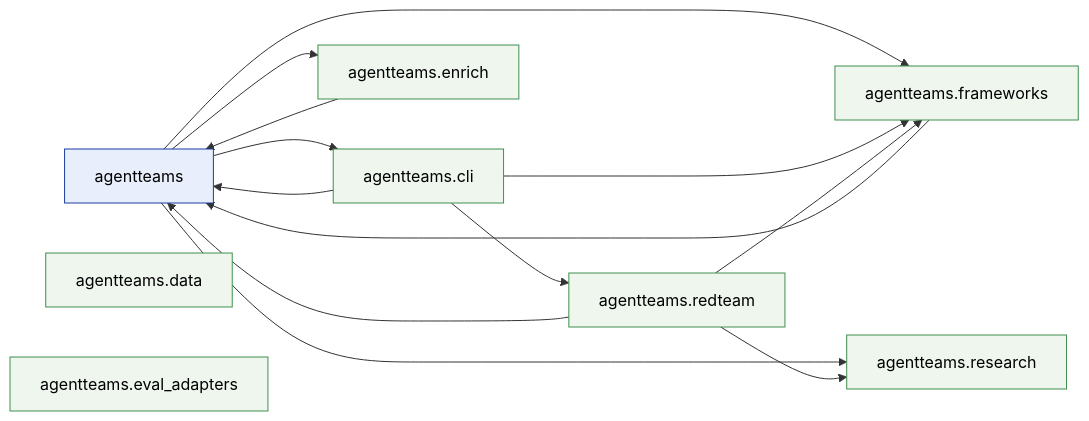
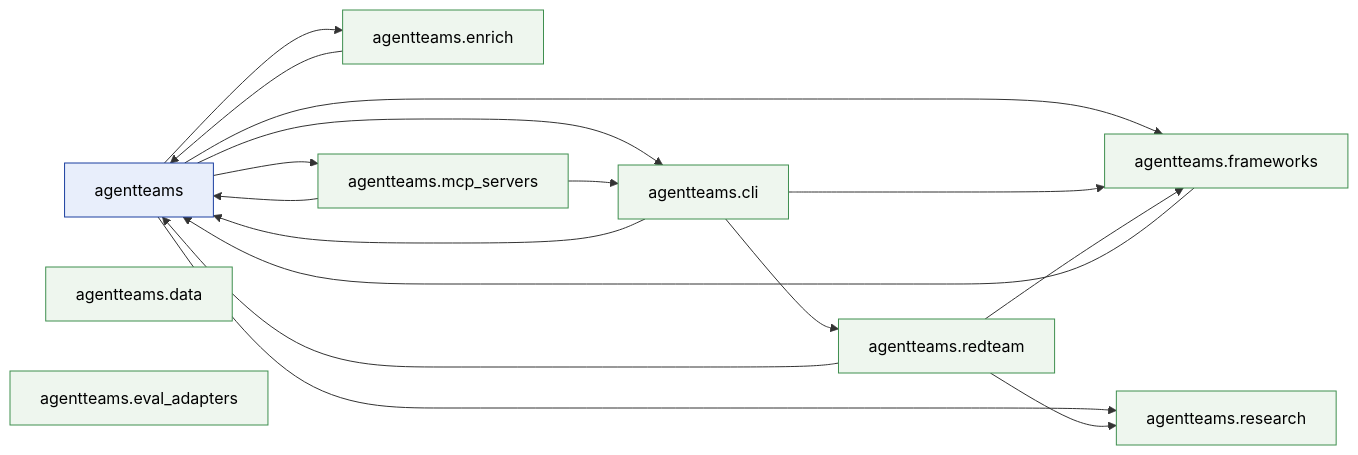
The first of 2 diagrams in references/architecture-graph.md (jlcatonjr/agentteams), drawn with Mermaid before and after one commit. The commit also changed other lines of this file and 35 other files, not shown here.

First line of the commit message:
feat(mcp-catalog): foundational MCP servers, --serve-mcp, and the PR agents

````diff
--- a/references/architecture-graph.md
+++ b/references/architecture-graph.md
@@ -283,33 +289,38 @@
 ```mermaid
 flowchart LR
     classDef root fill:#e8eefb,stroke:#1b3fa0,color:#000
     classDef sub  fill:#eef6ee,stroke:#3f8f4f,color:#000
     agentteams["agentteams"]
     class agentteams root
     agentteams_cli["agentteams.cli"]
     class agentteams_cli sub
     agentteams_data["agentteams.data"]
     class agentteams_data sub
     agentteams_enrich["agentteams.enrich"]
     class agentteams_enrich sub
     agentteams_eval_adapters["agentteams.eval_adapters"]
     class agentteams_eval_adapters sub
     agentteams_frameworks["agentteams.frameworks"]
     class agentteams_frameworks sub
+    agentteams_mcp_servers["agentteams.mcp_servers"]
+    class agentteams_mcp_servers sub
     agentteams_redteam["agentteams.redteam"]
     class agentteams_redteam sub
     agentteams_research["agentteams.research"]
     class agentteams_research sub
     agentteams --> agentteams_cli
     agentteams --> agentteams_enrich
     agentteams --> agentteams_frameworks
+    agentteams --> agentteams_mcp_servers
     agentteams --> agentteams_research
     agentteams_cli --> agentteams
     agentteams_cli --> agentteams_frameworks
     agentteams_cli --> agentteams_redteam
     agentteams_enrich --> agentteams
     agentteams_frameworks --> agentteams
+    agentteams_mcp_servers --> agentteams
+    agentteams_mcp_servers --> agentteams_cli
     agentteams_redteam --> agentteams
     agentteams_redteam --> agentteams_frameworks
     agentteams_redteam --> agentteams_research
 ```
````
